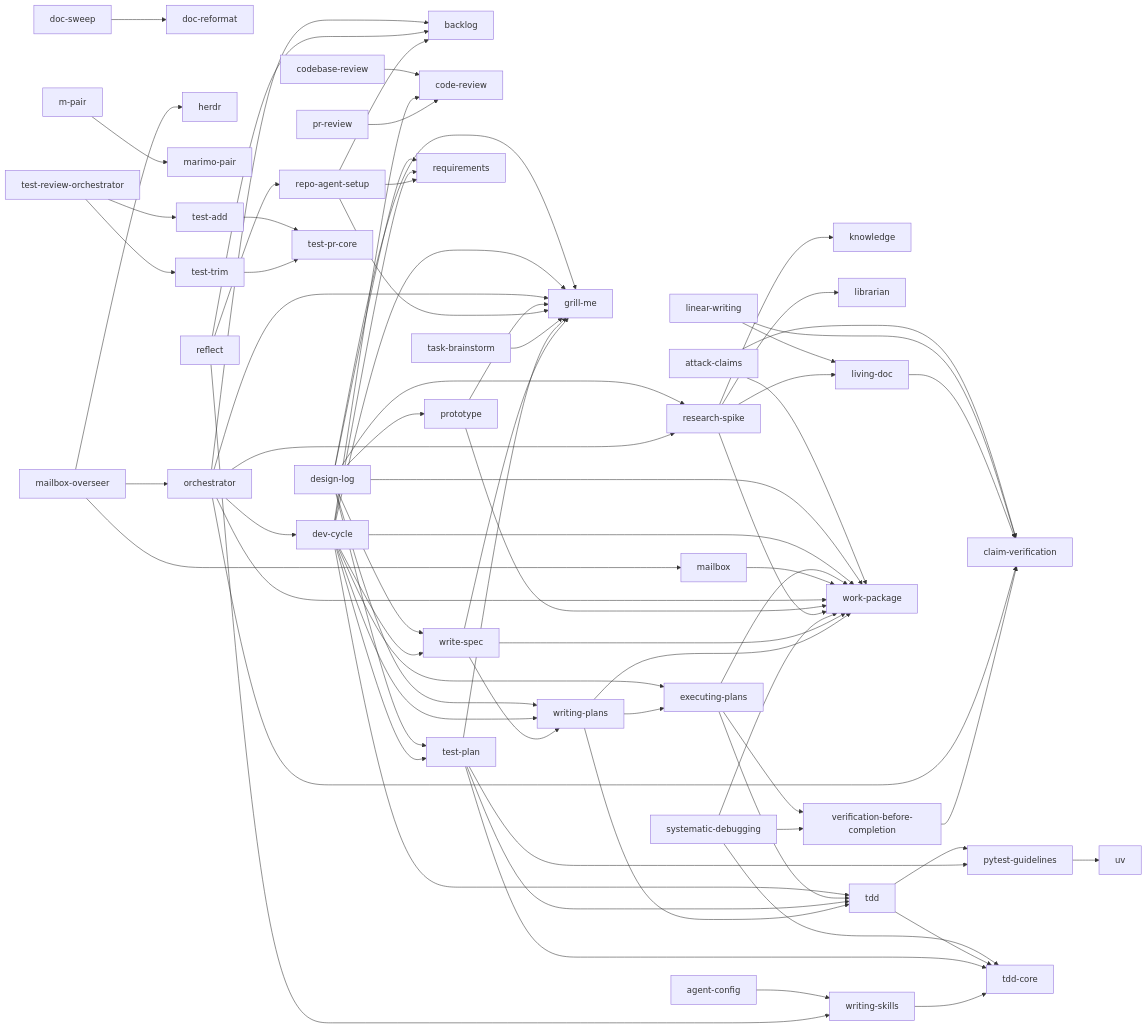
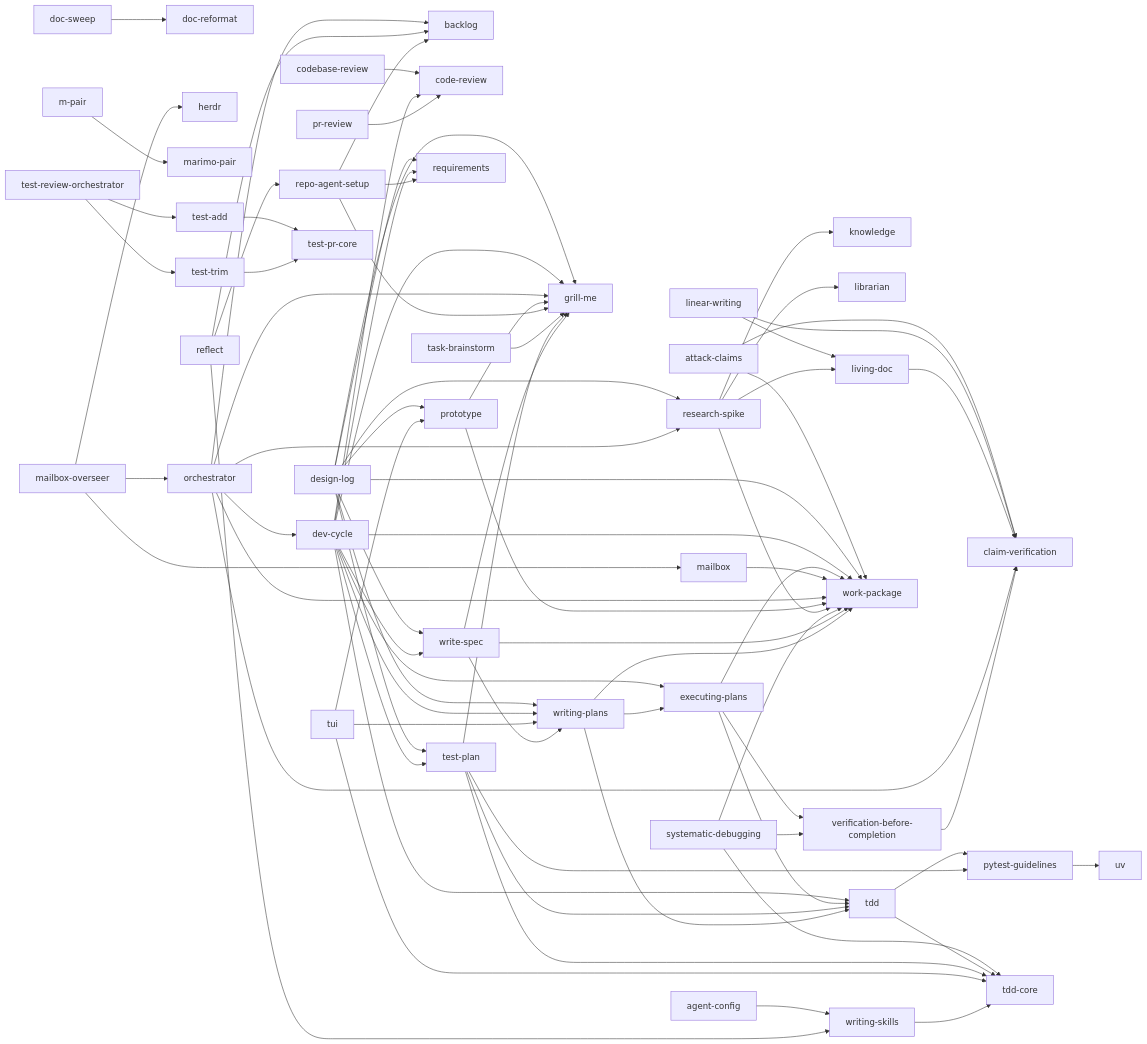
The diagram in README.md (Haydeni0/agent-config), drawn with Mermaid before and after one commit. The commit also changed 3 other files, not shown here.

```diff
--- a/README.md
+++ b/README.md
@@ -233,6 +233,7 @@
     test_pr_core[test-pr-core]
     test_review_orchestrator[test-review-orchestrator]
     test_trim[test-trim]
+    tui[tui]
     %% typer[typer]
     uv[uv]
     verification_before_completion[verification-before-completion]
@@ -311,6 +312,9 @@
     test_review_orchestrator --> test_trim
     test_review_orchestrator --> test_add
     test_trim --> test_pr_core
+    tui --> prototype
+    tui --> tdd_core
+    tui --> writing_plans
     verification_before_completion --> claim_verification
     write_spec --> grill_me
     write_spec --> writing_plans
```
